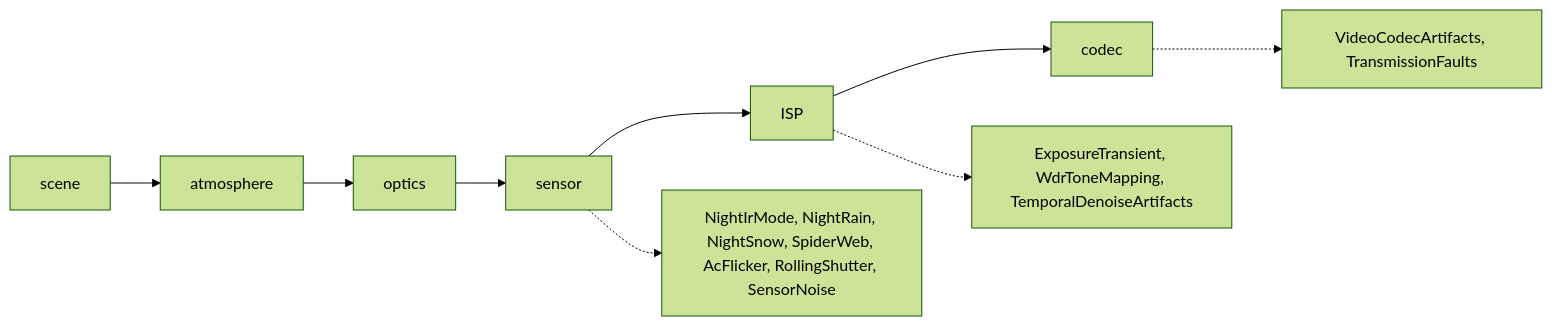
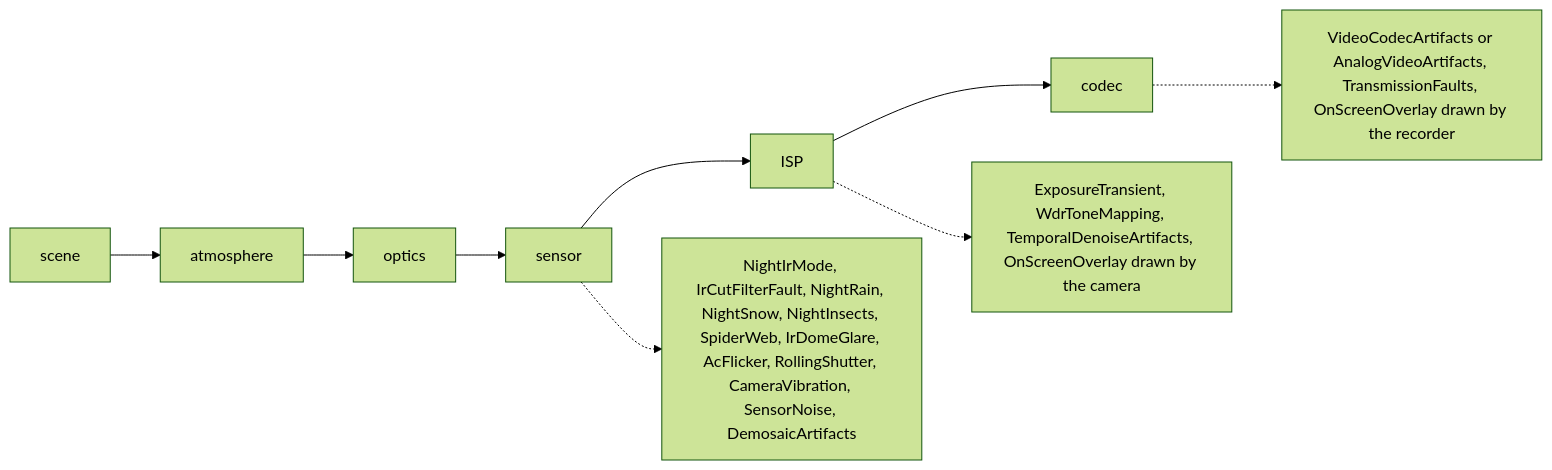
One commit to desmoteo/surmentations changed diagram 13 of 19 in docs/how_it_works.md. Above: the diagram before and after it, drawn with Mermaid (forest theme). The commit also changed other lines of this file and 14 other files, not shown here.

````diff
--- a/docs/how_it_works.md
+++ b/docs/how_it_works.md
@@ -525,11 +528,11 @@
 ```mermaid
 flowchart LR
     SCENE["scene"] --> ATM["atmosphere"]
     ATM --> OPT["optics"]
     OPT --> SENS["sensor"]
     SENS --> ISP["ISP"]
     ISP --> CODEC["codec"]
-    SENS -.-> S1["NightIrMode, NightRain, NightSnow, SpiderWeb, AcFlicker, RollingShutter, SensorNoise"]
-    ISP -.-> S2["ExposureTransient, WdrToneMapping, TemporalDenoiseArtifacts"]
-    CODEC -.-> S3["VideoCodecArtifacts, TransmissionFaults"]
+    SENS -.-> S1["NightIrMode, IrCutFilterFault, NightRain, NightSnow, NightInsects, SpiderWeb, IrDomeGlare, AcFlicker, RollingShutter, CameraVibration, SensorNoise, DemosaicArtifacts"]
+    ISP -.-> S2["ExposureTransient, WdrToneMapping, TemporalDenoiseArtifacts, OnScreenOverlay drawn by the camera"]
+    CODEC -.-> S3["VideoCodecArtifacts or AnalogVideoArtifacts, TransmissionFaults, OnScreenOverlay drawn by the recorder"]
 ```
````
